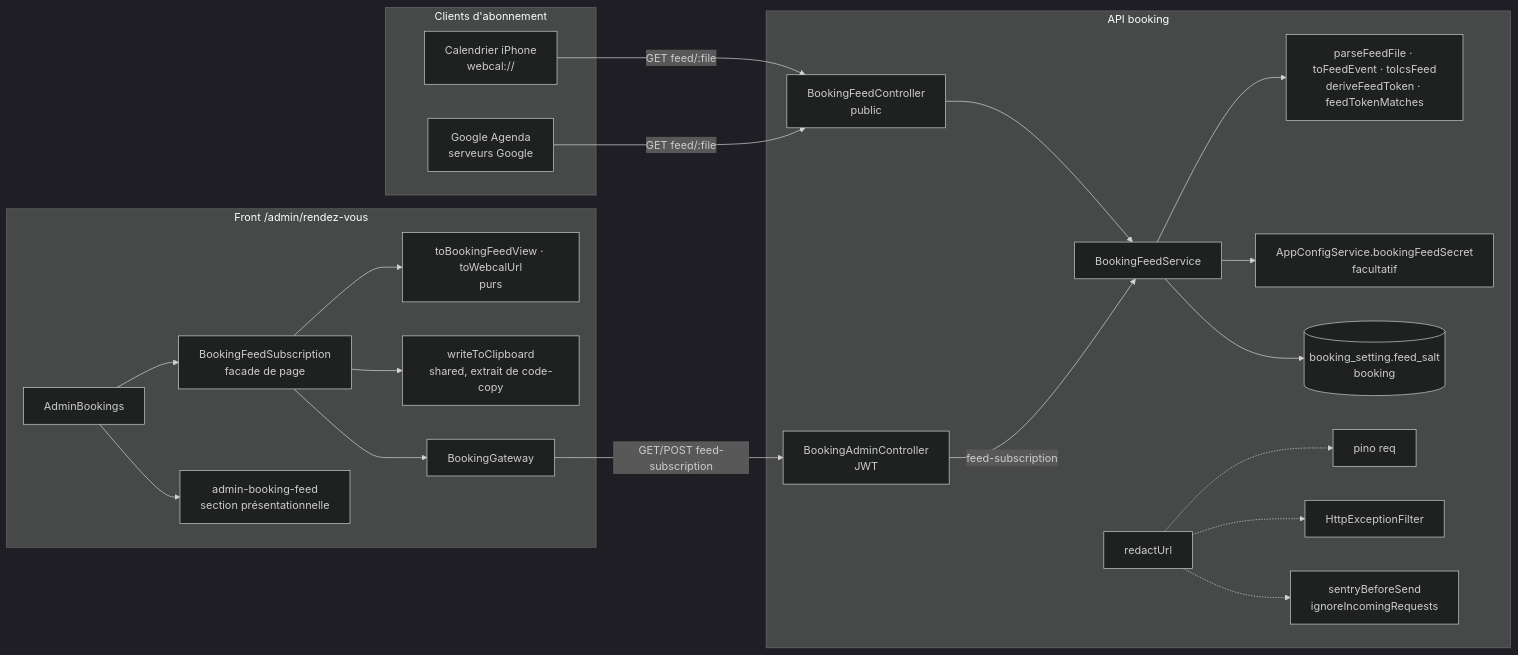
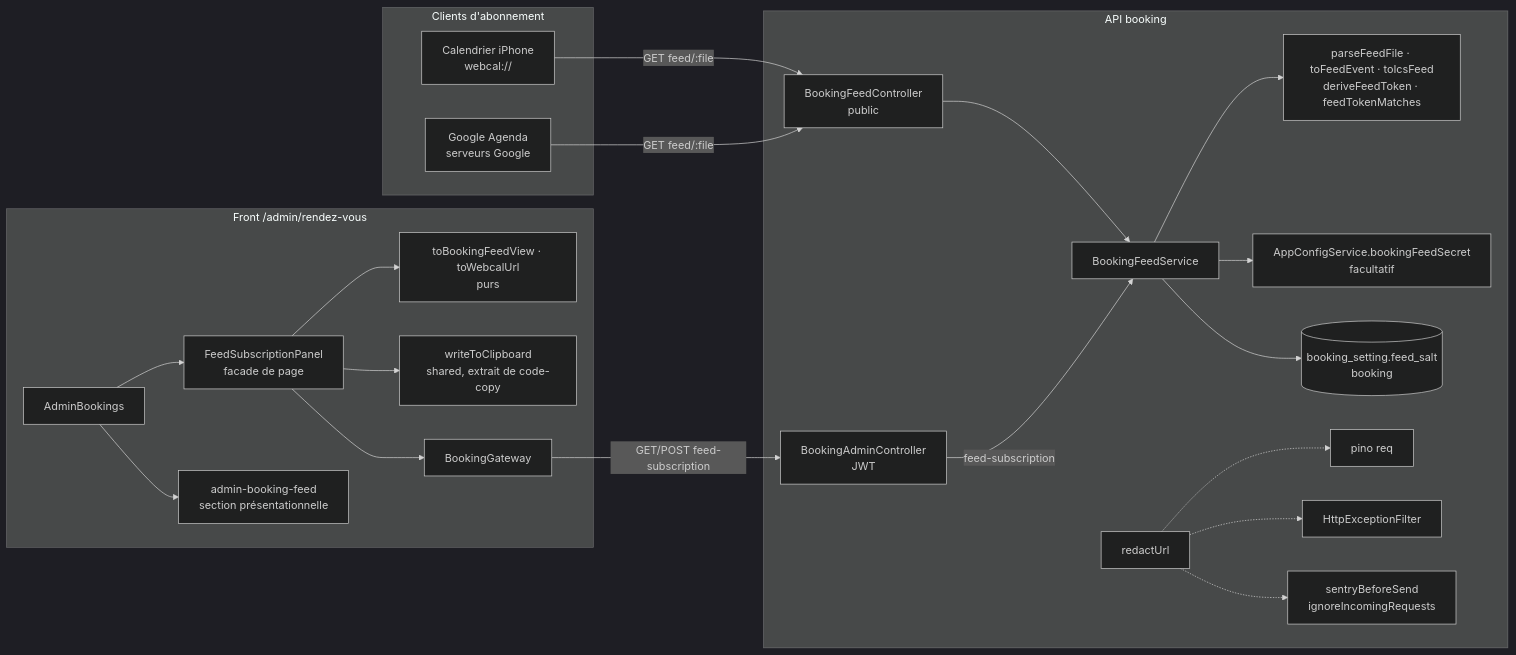
Before and after one commit to j-ned/ng-portfolio-app: the diagram in specs/026-abonnement-agenda.md, drawn with Mermaid (dark theme). The commit also changed other lines of this file and 8 other files, not shown here.

First line of the commit message:
feat(booking): section « Abonnement d'agenda » dans l'admin des rendez-vous (spec 026, F2)

````diff
--- a/specs/026-abonnement-agenda.md
+++ b/specs/026-abonnement-agenda.md
@@ -138,27 +138,27 @@
 ```mermaid
 flowchart LR
   subgraph clients[Clients d'abonnement]
     IOS[Calendrier iPhone<br/>webcal://]
     GG[Google Agenda<br/>serveurs Google]
   end
   IOS -->|GET feed/:file| FC
   GG -->|GET feed/:file| FC
   subgraph api[API booking]
     FC[BookingFeedController<br/>public] --> FS[BookingFeedService]
     AC[BookingAdminController<br/>JWT] -->|feed-subscription| FS
     FS --> PURE[parseFeedFile · toFeedEvent · toIcsFeed<br/>deriveFeedToken · feedTokenMatches]
     FS --> CFG[AppConfigService.bookingFeedSecret<br/>facultatif]
     FS --> DB[(booking_setting.feed_salt<br/>booking)]
     LOG[redactUrl] -.-> PINO[pino req]
     LOG -.-> HEF[HttpExceptionFilter]
     LOG -.-> SEN[sentryBeforeSend<br/>ignoreIncomingRequests]
   end
   subgraph front[Front /admin/rendez-vous]
-    P[AdminBookings] --> F[BookingFeedSubscription<br/>facade de page]
+    P[AdminBookings] --> F[FeedSubscriptionPanel<br/>facade de page]
     P --> C[admin-booking-feed<br/>section présentationnelle]
     F --> V[toBookingFeedView · toWebcalUrl<br/>purs]
     F --> CB[writeToClipboard<br/>shared, extrait de code-copy]
     F --> G[BookingGateway]
   end
   G -->|GET/POST feed-subscription| AC
 ```
````
